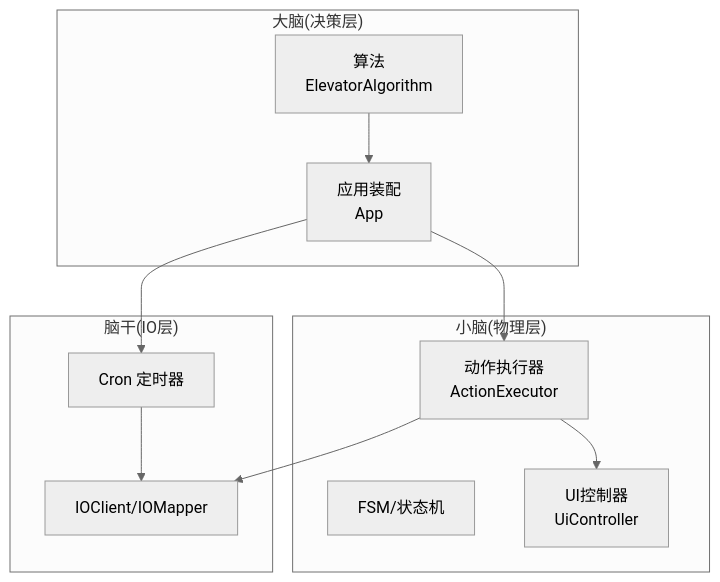
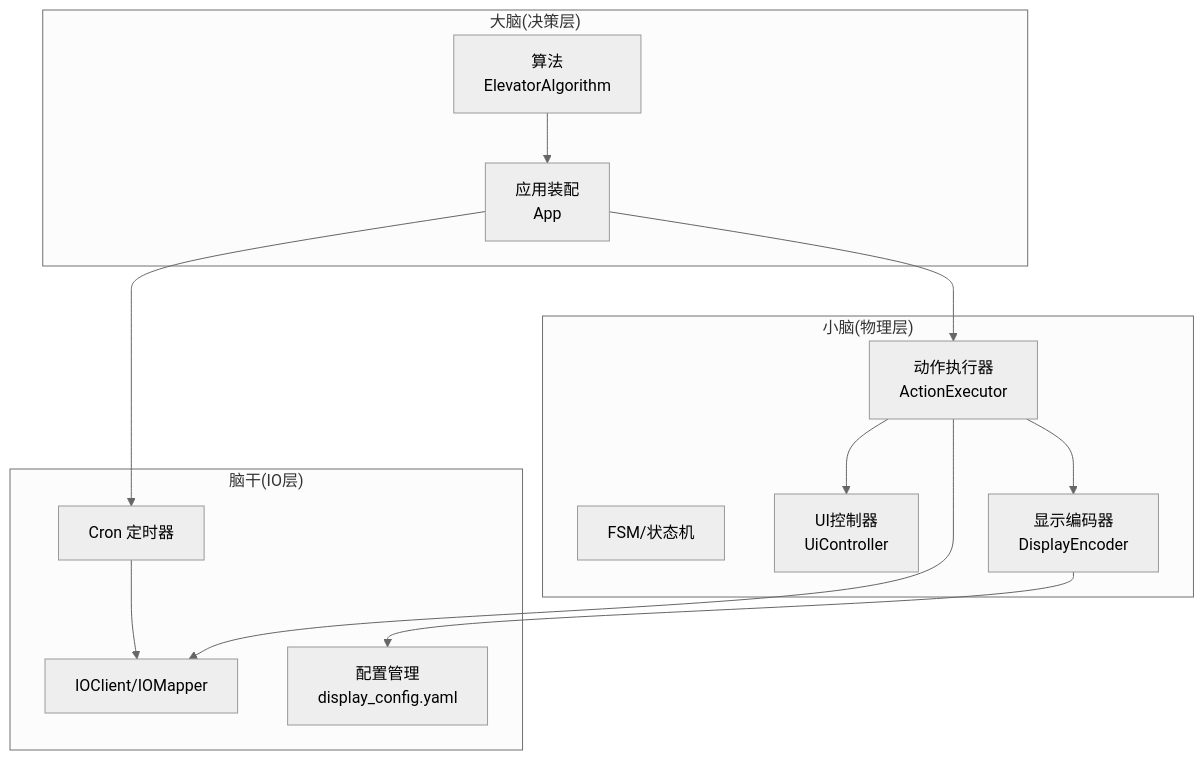
One commit to xmb505/Haku_EET changed the first of 8 diagrams in .qoder/repowiki/zh/content/接口契约.md. Above: the diagram before and after it, drawn with Mermaid (neutral theme). The commit also changed other lines of this file and 37 other files, not shown here.

First line of the commit message:
docs(architecture): 更新三层架构和模块职责说明

````diff
--- a/.qoder/repowiki/zh/content/接口契约.md
+++ b/.qoder/repowiki/zh/content/接口契约.md
@@ -34,22 +41,26 @@
 ```mermaid
 graph TB
 subgraph "大脑(决策层)"
 ALG["算法<br/>ElevatorAlgorithm"]
 APP["应用装配<br/>App"]
 end
 subgraph "小脑(物理层)"
 EXEC["动作执行器<br/>ActionExecutor"]
 FSM["FSM/状态机"]
 UI["UI控制器<br/>UiController"]
+DISPLAY["显示编码器<br/>DisplayEncoder"]
 end
 subgraph "脑干(IO层)"
 IO["IOClient/IOMapper"]
 CRON["Cron 定时器"]
+CONFIG["配置管理<br/>display_config.yaml"]
 end
 ALG --> APP
 APP --> EXEC
 EXEC --> IO
 EXEC --> UI
+EXEC --> DISPLAY
+DISPLAY --> CONFIG
 APP --> CRON
 CRON --> IO
 ```
````
